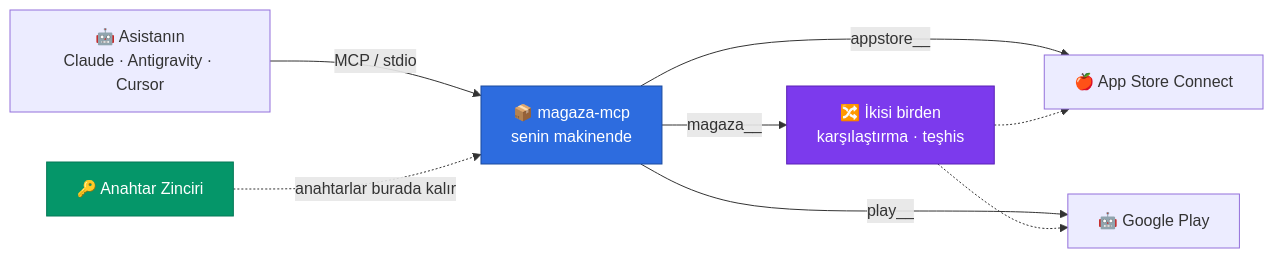
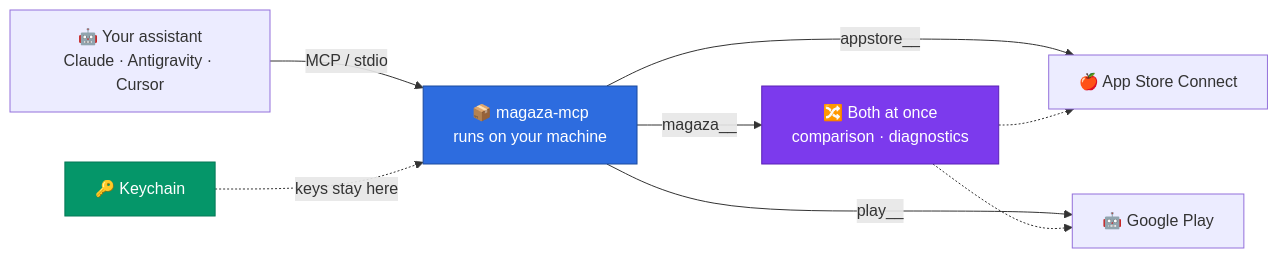
The diagram in README.md (tunaarikaya/magaza-mcp), drawn with Mermaid before and after one commit. The commit also changed other lines of this file and 1 other file, not shown here.

````diff
--- a/README.md
+++ b/README.md
@@ -34,14 +36,14 @@
 ```mermaid
 flowchart LR
-    A["🤖 Asistanın<br/>Claude · Antigravity · Cursor"] -->|MCP / stdio| B["📦 magaza-mcp<br/>senin makinende"]
+    A["🤖 Your assistant<br/>Claude · Antigravity · Cursor"] -->|MCP / stdio| B["📦 magaza-mcp<br/>runs on your machine"]
     B -->|appstore__| C["🍎 App Store Connect"]
     B -->|play__| D["🤖 Google Play"]
-    B -->|magaza__| E["🔀 İkisi birden<br/>karşılaştırma · teşhis"]
+    B -->|magaza__| E["🔀 Both at once<br/>comparison · diagnostics"]
     E -.-> C
     E -.-> D
-    F["🔑 Anahtar Zinciri"] -.->|anahtarlar burada kalır| B
+    F["🔑 Keychain"] -.->|keys stay here| B
 
     style B fill:#2d6cdf,stroke:#1a4a9e,color:#fff
     style E fill:#7c3aed,stroke:#5b21b6,color:#fff
     style F fill:#059669,stroke:#047857,color:#fff
 ```
````
